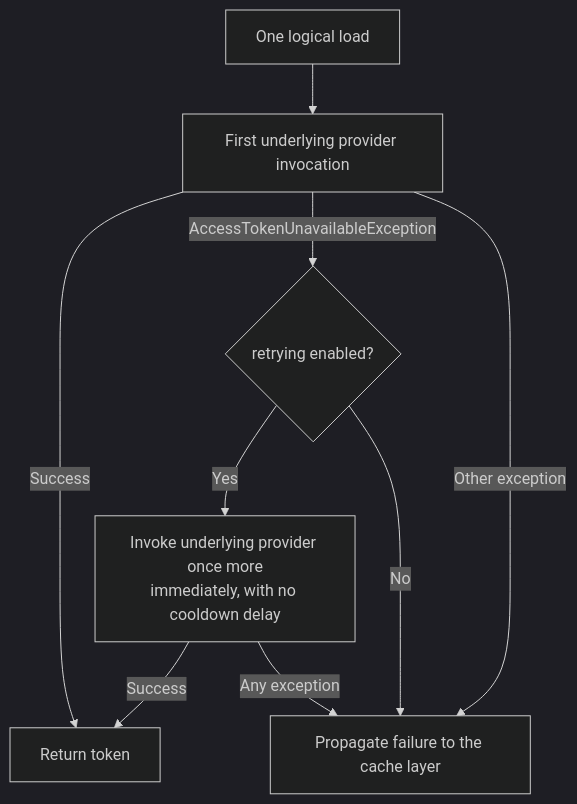
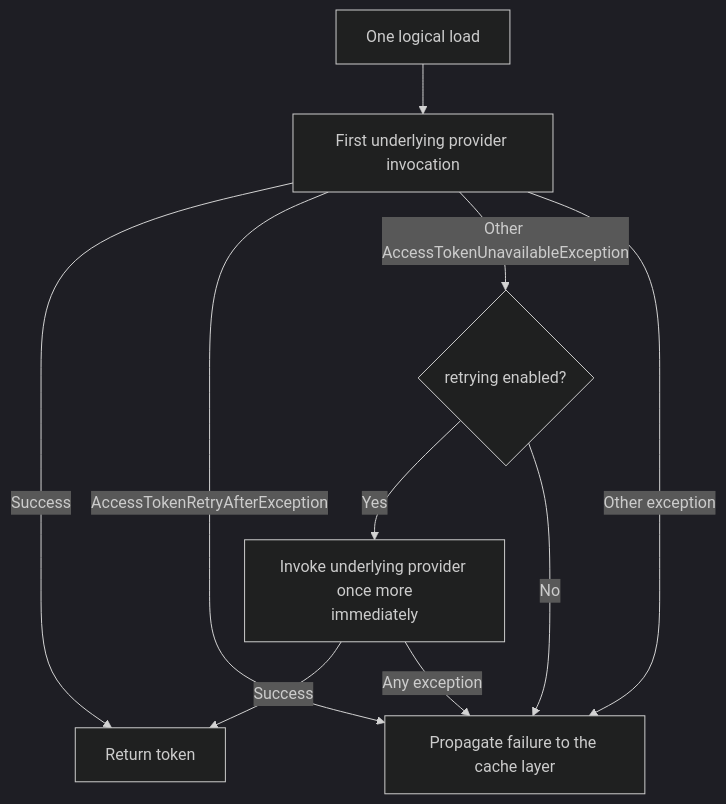
Before and after one commit to entur/jwt-resource-server: the seventh of 8 diagrams in jwt-client/docs/preemptive-refresh/README.md, drawn with Mermaid (dark theme). The commit also changed other lines of this file and 41 other files, not shown here.

First line of the commit message:
feat!: honor Retry-After and back off failed token requests (#458)

````diff
--- a/jwt-client/docs/preemptive-refresh/README.md
+++ b/jwt-client/docs/preemptive-refresh/README.md
@@ -204,11 +208,12 @@
 ```mermaid
 flowchart TD
     Start["One logical load"] --> First["First underlying provider invocation"]
     First -->|Success| Return["Return token"]
-    First -->|AccessTokenUnavailableException| Enabled{"retrying enabled?"}
-    Enabled -->|Yes| Second["Invoke underlying provider once more<br/>immediately, with no cooldown delay"]
+    First -->|AccessTokenRetryAfterException| Fail
+    First -->|Other AccessTokenUnavailableException| Enabled{"retrying enabled?"}
+    Enabled -->|Yes| Second["Invoke underlying provider once more<br/>immediately"]
     Enabled -->|No| Fail["Propagate failure to the cache layer"]
     First -->|Other exception| Fail
     Second -->|Success| Return
     Second -->|Any exception| Fail
 ```
````
